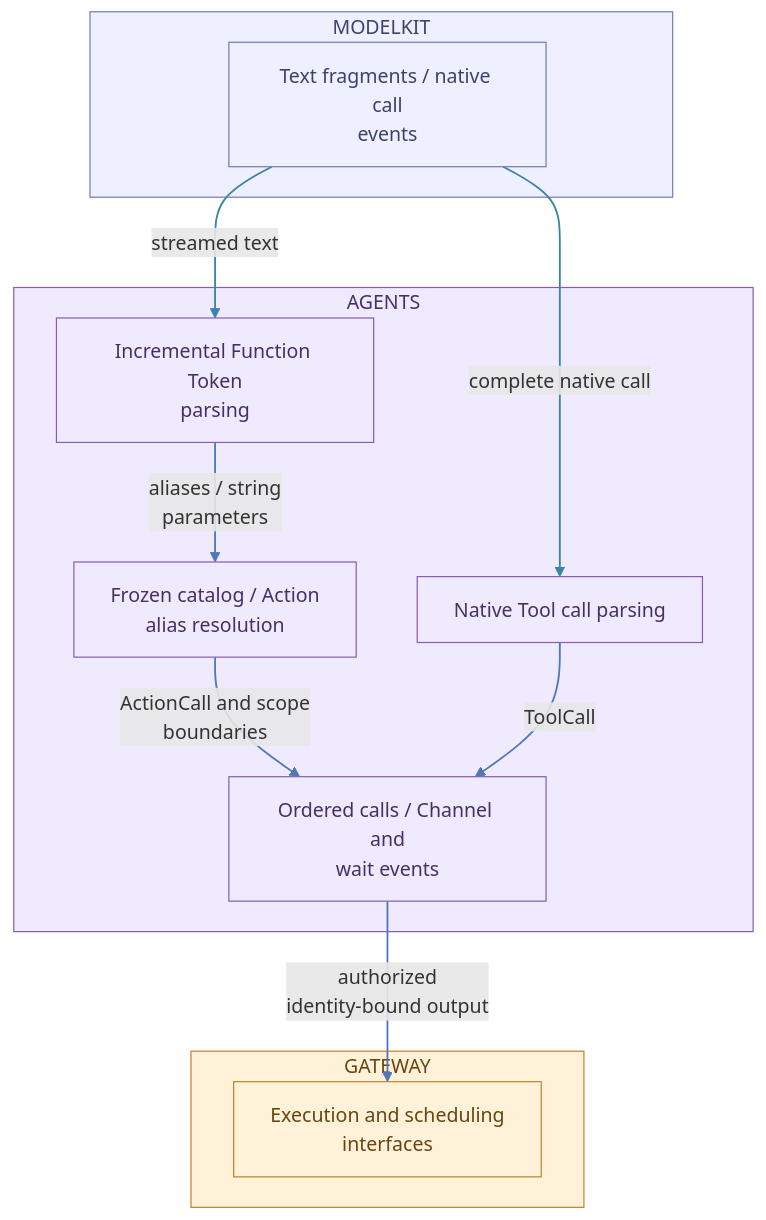
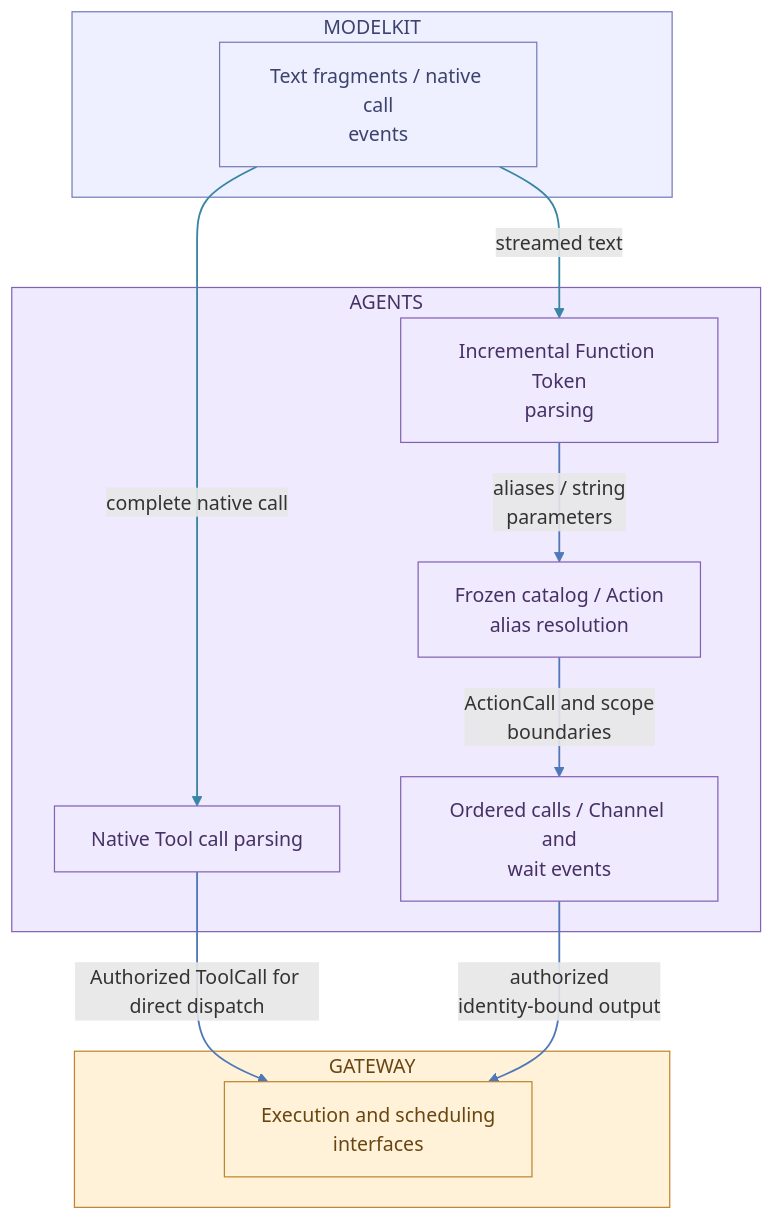
Before and after one commit to devilyouwei/MobileHarness: diagram 13 of 27 in MobileHarness/README.md, drawn with Mermaid. The commit also changed other lines of this file and 115 other files, not shown here.

````diff
--- a/MobileHarness/README.md
+++ b/MobileHarness/README.md
@@ -822,33 +827,33 @@
 ```mermaid
 flowchart TB
     subgraph Model["MODELKIT"]
         M["Text fragments / native call<br/>events"]:::model
     end
     style Model fill:#eeefff,stroke:#747bb8,color:#3c426d
     subgraph Cognition["AGENTS"]
         P["Incremental Function Token<br/>parsing"]:::agent
         C["Frozen catalog / Action<br/>alias resolution"]:::agent
         E["Ordered calls / Channel and<br/>wait events"]:::agent
         N["Native Tool call parsing"]:::agent
     end
     style Cognition fill:#f0eaff,stroke:#8261b5,color:#463065
     subgraph Coordination["GATEWAY"]
         G["Execution and scheduling<br/>interfaces"]:::gateway
     end
     style Coordination fill:#fff2d9,stroke:#bf842c,color:#694511
     M -->|"streamed text"| P
     P -->|"aliases / string<br/>parameters"| C
     C -->|"ActionCall and scope<br/>boundaries"| E
     M -->|"complete native call"| N
-    N -->|"ToolCall"| E
+    N -->|"Authorized ToolCall for direct dispatch"| G
     E -->|"authorized<br/>identity-bound output"| G
     classDef agent fill:#f0eaff,stroke:#8261b5,color:#463065
     classDef gateway fill:#fff2d9,stroke:#bf842c,color:#694511
     classDef model fill:#eeefff,stroke:#747bb8,color:#3c426d
     linkStyle 0 stroke:#3985a4,stroke-width:1.5px
     linkStyle 1 stroke:#5078b8,stroke-width:1.5px
     linkStyle 2 stroke:#5078b8,stroke-width:1.5px
     linkStyle 3 stroke:#3985a4,stroke-width:1.5px
     linkStyle 4 stroke:#5078b8,stroke-width:1.5px
     linkStyle 5 stroke:#5078b8,stroke-width:1.5px
 ```
````
